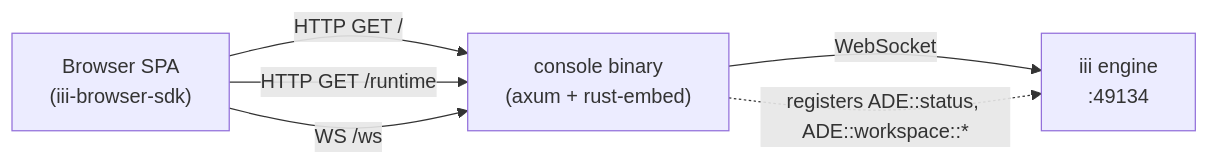
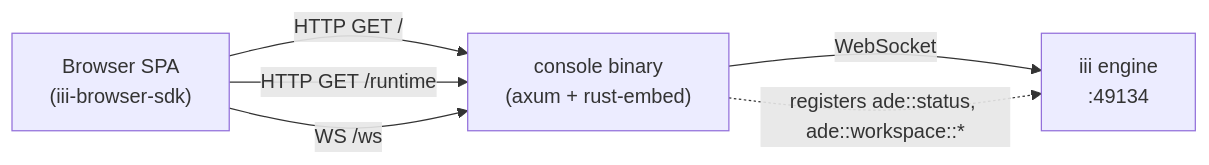
Before and after one commit to iii-hq/workers: the diagram in ade/README.md, drawn with Mermaid. The commit also changed other lines of this file and 124 other files, not shown here.

````diff
--- a/ade/README.md
+++ b/ade/README.md
@@ -249,8 +249,8 @@
 ```mermaid
 flowchart LR
     Browser["Browser SPA<br/>(iii-browser-sdk)"] -->|"HTTP GET /"| Console
     Browser -->|"HTTP GET /runtime"| Console
     Browser -->|"WS /ws"| Console
     Console["console binary<br/>(axum + rust-embed)"] -->|"WebSocket"| Engine["iii engine<br/>:49134"]
-    Console -. "registers ADE::status, ADE::workspace::*" .-> Engine
+    Console -. "registers ade::status, ade::workspace::*" .-> Engine
 ```
````
